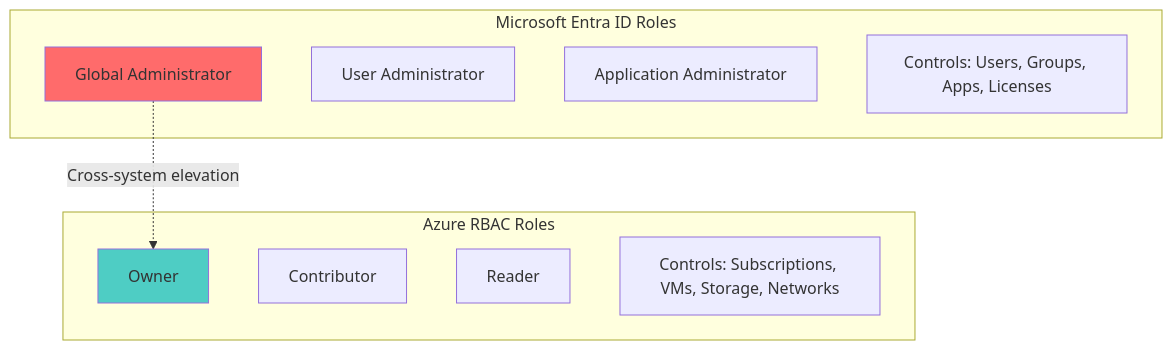
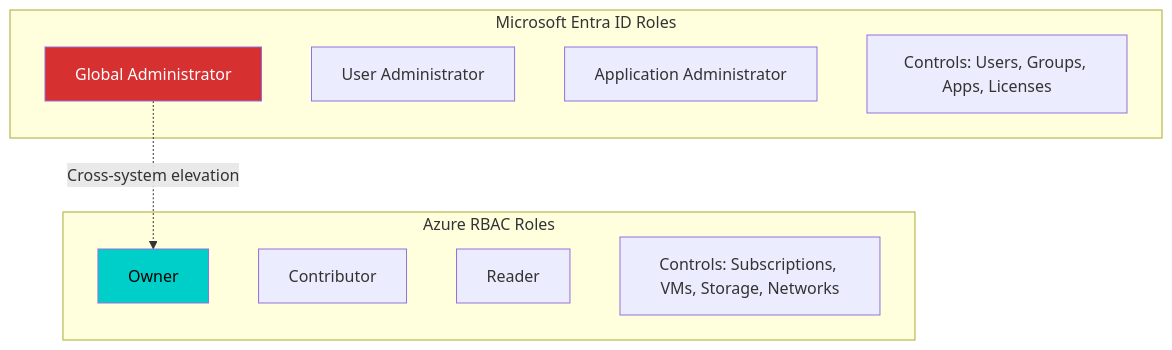
Before and after one commit to gurkanindibay/azure_learning: the first of 15 diagrams in architecture-azure/security/azure-roles-comprehensive-guide.md, drawn with Mermaid. The commit also changed other lines of this file and 7 other files, not shown here.

Commit message:
Add accessibility guidelines for diagrams and documentation

````diff
--- a/architecture-azure/security/azure-roles-comprehensive-guide.md
+++ b/architecture-azure/security/azure-roles-comprehensive-guide.md
@@ -66,21 +66,21 @@
 ```mermaid
 graph TB
     subgraph "Microsoft Entra ID Roles"
         A[Global Administrator]
         B[User Administrator]
         C[Application Administrator]
         D[Controls: Users, Groups, Apps, Licenses]
     end
     
     subgraph "Azure RBAC Roles"
         E[Owner]
         F[Contributor]
         G[Reader]
         H[Controls: Subscriptions, VMs, Storage, Networks]
     end
     
     A -.Cross-system elevation.-> E
     
-    style A fill:#ff6b6b
-    style E fill:#4ecdc4
+    style A fill:#d63031,color:#ffffff
+    style E fill:#00cec9,color:#000000
 ```
````
